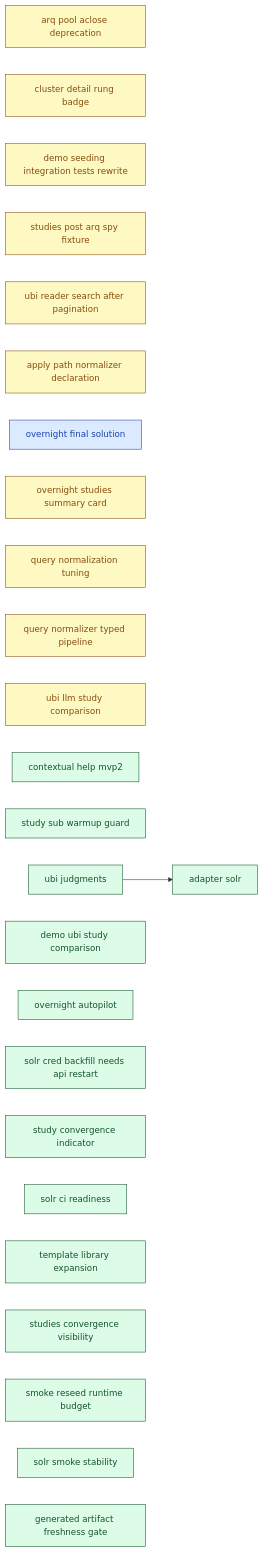
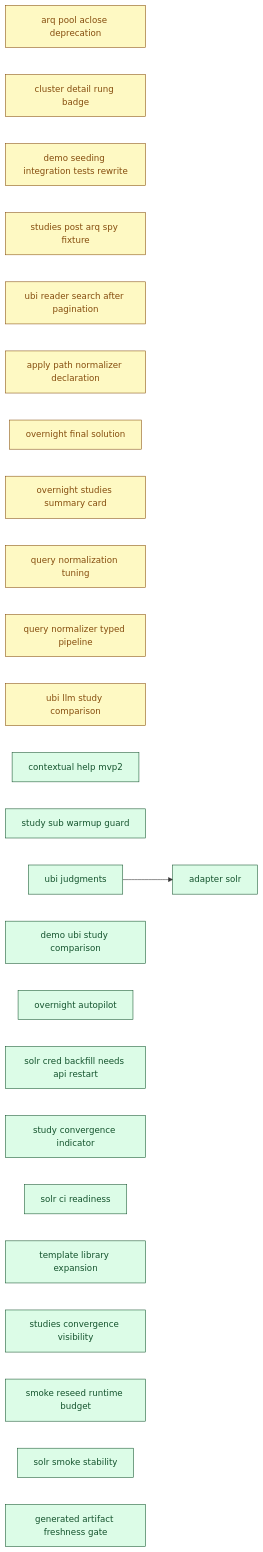
One commit to SoundMindsAI/relyloop changed the diagram in docs/00_overview/MVP2_DASHBOARD.md. Above: the diagram before and after it, drawn with Mermaid. The commit also changed other lines of this file and 10 other files, not shown here.

First line of the commit message:
docs(planning): impl plan feat_overnight_final_solution (Ready for Execution)

````diff
--- a/docs/00_overview/MVP2_DASHBOARD.md
+++ b/docs/00_overview/MVP2_DASHBOARD.md
@@ -110,59 +109,59 @@
 ```mermaid
 graph LR
   classDef done fill:#dcfce7,stroke:#14532d,color:#14532d;
   classDef implement fill:#ffedd5,stroke:#9a3412,color:#9a3412;
   classDef plan fill:#fef9c3,stroke:#854d0e,color:#854d0e;
   classDef spec fill:#dbeafe,stroke:#1e40af,color:#1e40af;
   classDef idea fill:#f1f5f9,stroke:#334155,color:#334155;
   chore_arq_pool_aclose_deprecation["arq pool aclose deprecation"]
   class chore_arq_pool_aclose_deprecation plan;
   chore_cluster_detail_rung_badge["cluster detail rung badge"]
   class chore_cluster_detail_rung_badge plan;
   chore_demo_seeding_integration_tests_rewrite["demo seeding integration tests rewrite"]
   class chore_demo_seeding_integration_tests_rewrite plan;
   chore_studies_post_arq_spy_fixture["studies post arq spy fixture"]
   class chore_studies_post_arq_spy_fixture plan;
   chore_ubi_reader_search_after_pagination["ubi reader search after pagination"]
   class chore_ubi_reader_search_after_pagination plan;
   feat_apply_path_normalizer_declaration["apply path normalizer declaration"]
   class feat_apply_path_normalizer_declaration plan;
   feat_overnight_final_solution["overnight final solution"]
-  class feat_overnight_final_solution spec;
+  class feat_overnight_final_solution plan;
   feat_overnight_studies_summary_card["overnight studies summary card"]
   class feat_overnight_studies_summary_card plan;
   feat_query_normalization_tuning["query normalization tuning"]
   class feat_query_normalization_tuning plan;
   feat_query_normalizer_typed_pipeline["query normalizer typed pipeline"]
   class feat_query_normalizer_typed_pipeline plan;
   feat_ubi_llm_study_comparison["ubi llm study comparison"]
   class feat_ubi_llm_study_comparison plan;
   feat_contextual_help_mvp2["contextual help mvp2"]
   class feat_contextual_help_mvp2 done;
   feat_study_sub_warmup_guard["study sub warmup guard"]
   class feat_study_sub_warmup_guard done;
   feat_ubi_judgments["ubi judgments"]
   class feat_ubi_judgments done;
   feat_demo_ubi_study_comparison["demo ubi study comparison"]
   class feat_demo_ubi_study_comparison done;
   feat_overnight_autopilot["overnight autopilot"]
   class feat_overnight_autopilot done;
   infra_adapter_solr["adapter solr"]
   class infra_adapter_solr done;
   chore_solr_cred_backfill_needs_api_restart["solr cred backfill needs api restart"]
   class chore_solr_cred_backfill_needs_api_restart done;
   feat_study_convergence_indicator["study convergence indicator"]
   class feat_study_convergence_indicator done;
   infra_solr_ci_readiness["solr ci readiness"]
   class infra_solr_ci_readiness done;
   chore_template_library_expansion["template library expansion"]
   class chore_template_library_expansion done;
   feat_studies_convergence_visibility["studies convergence visibility"]
   class feat_studies_convergence_visibility done;
   infra_smoke_reseed_runtime_budget["smoke reseed runtime budget"]
   class infra_smoke_reseed_runtime_budget done;
   infra_solr_smoke_stability["solr smoke stability"]
   class infra_solr_smoke_stability done;
   infra_generated_artifact_freshness_gate["generated artifact freshness gate"]
   class infra_generated_artifact_freshness_gate done;
   feat_ubi_judgments --> infra_adapter_solr
 ```
````
